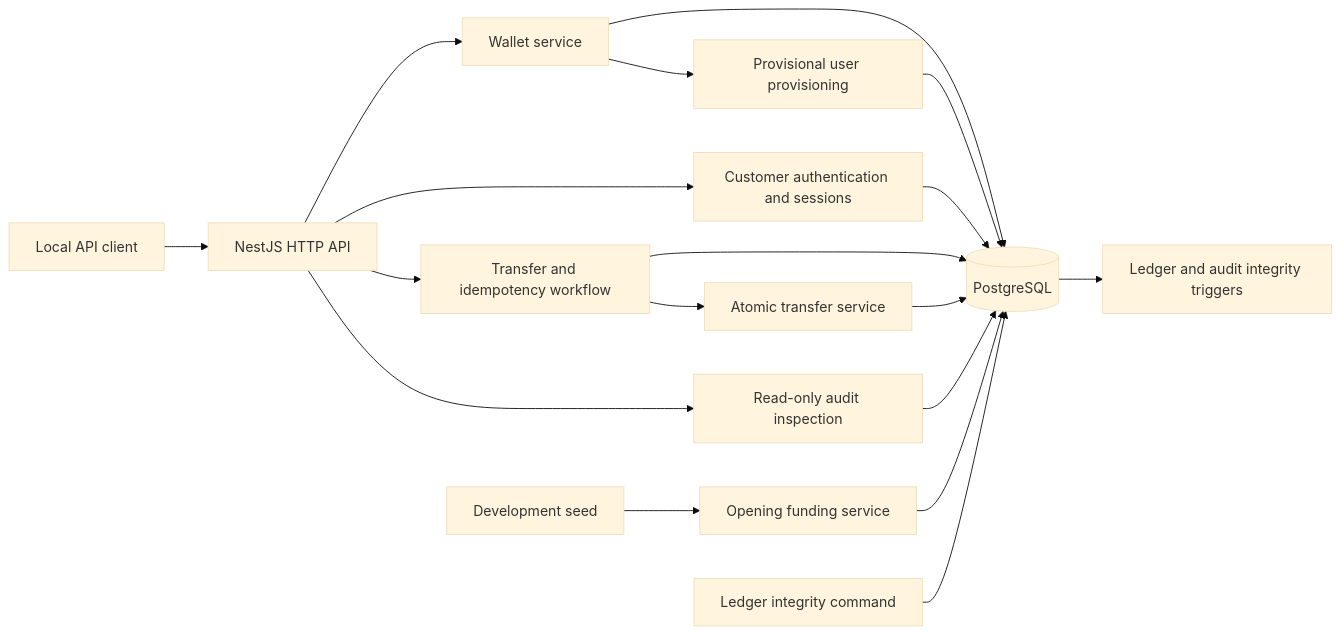
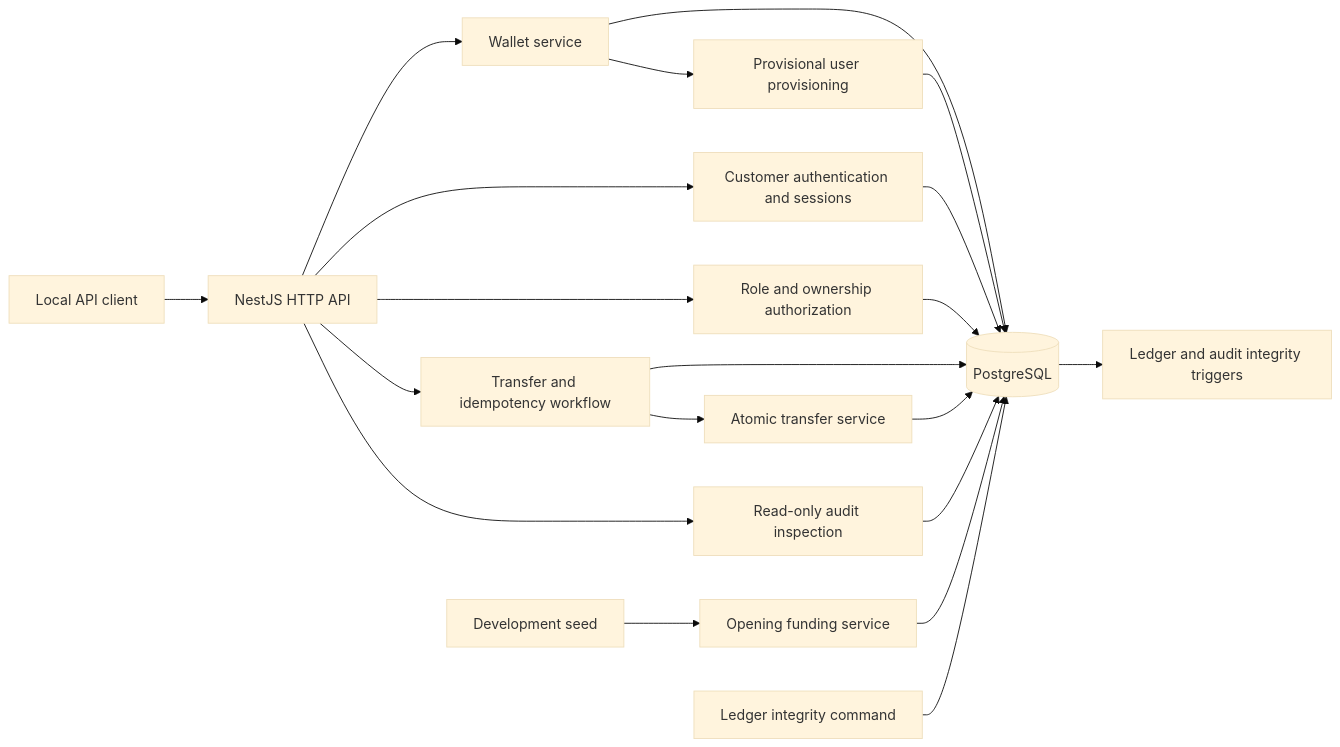
Before and after one commit to DjQris/ledgerflow: the diagram in docs/architecture.md, drawn with Mermaid (base theme). The commit also changed other lines of this file and 25 other files, not shown here.

Commit message:
feat: enforce role and resource authorization

````diff
--- a/docs/architecture.md
+++ b/docs/architecture.md
@@ -5,20 +5,22 @@
 ```mermaid
 flowchart LR
     Client[Local API client] --> HTTP[NestJS HTTP API]
     HTTP --> Wallets[Wallet service]
     Wallets --> Users[Provisional user provisioning]
     HTTP --> Auth[Customer authentication and sessions]
+    HTTP --> Access[Role and ownership authorization]
     HTTP --> TransferAPI[Transfer and idempotency workflow]
     HTTP --> AuditRead[Read-only audit inspection]
     TransferAPI --> TransferCore[Atomic transfer service]
     Wallets --> DB[(PostgreSQL)]
     Users --> DB
     Auth --> DB
+    Access --> DB
     TransferAPI --> DB
     TransferCore --> DB
     AuditRead --> DB
     Seed[Development seed] --> Funding[Opening funding service]
     Funding --> DB
     Verify[Ledger integrity command] --> DB
     DB --> Triggers[Ledger and audit integrity triggers]
 ```
````
